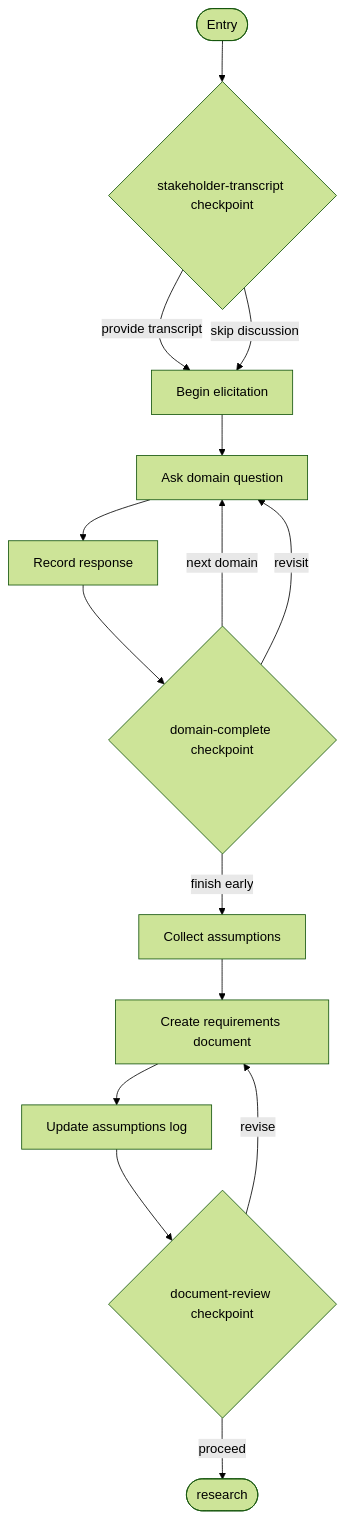
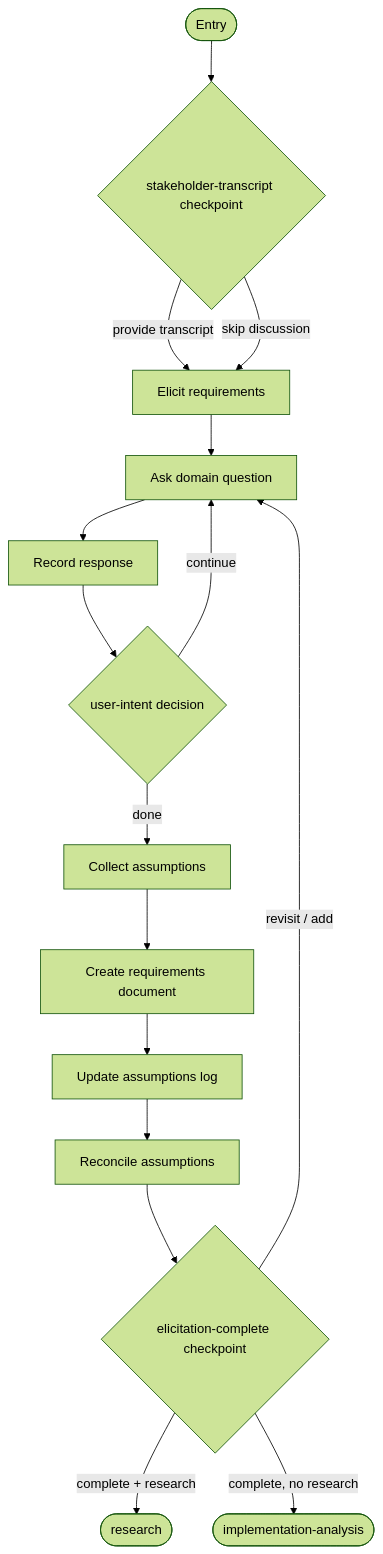
The third of 14 diagrams in work-package/activities/README.md (m2ux/workflow-server), drawn with Mermaid (forest theme) before and after one commit. The commit also changed other lines of this file and 48 other files, not shown here.

````diff
--- a/work-package/activities/README.md
+++ b/work-package/activities/README.md
@@ -280,19 +222,20 @@
 ```mermaid
 graph TD
     entryNode(["Entry"]) --> cpStakeholder{"stakeholder-transcript checkpoint"}
-    cpStakeholder -->|"provide transcript"| startElicit["Begin elicitation"]
-    cpStakeholder -->|"skip discussion"| startElicit
+    cpStakeholder -->|"provide transcript"| elicit["Elicit requirements"]
+    cpStakeholder -->|"skip discussion"| elicit
 
-    startElicit --> askQuestion["Ask domain question"]
+    elicit --> askQuestion["Ask domain question"]
     askQuestion --> recordResponse["Record response"]
-    recordResponse --> cpDomain{"domain-complete checkpoint"}
-    cpDomain -->|"next domain"| askQuestion
-    cpDomain -->|"revisit"| askQuestion
-    cpDomain -->|"finish early"| collectAssumptions
+    recordResponse --> userIntent{"user-intent decision"}
+    userIntent -->|"continue"| askQuestion
+    userIntent -->|"done"| collectAssumptions["Collect assumptions"]
 
-    collectAssumptions["Collect assumptions"] --> createDoc["Create requirements document"]
+    collectAssumptions --> createDoc["Create requirements document"]
     createDoc --> updateLog["Update assumptions log"]
-    updateLog --> cpDocReview{"document-review checkpoint"}
-    cpDocReview -->|"proceed"| exitNode(["research"])
-    cpDocReview -->|"revise"| createDoc
+    updateLog --> reconcile["Reconcile assumptions"]
+    reconcile --> cpComplete{"elicitation-complete checkpoint"}
+    cpComplete -->|"complete + research"| exitResearch(["research"])
+    cpComplete -->|"complete, no research"| exitAnalysis(["implementation-analysis"])
+    cpComplete -->|"revisit / add"| askQuestion
 ```
````
